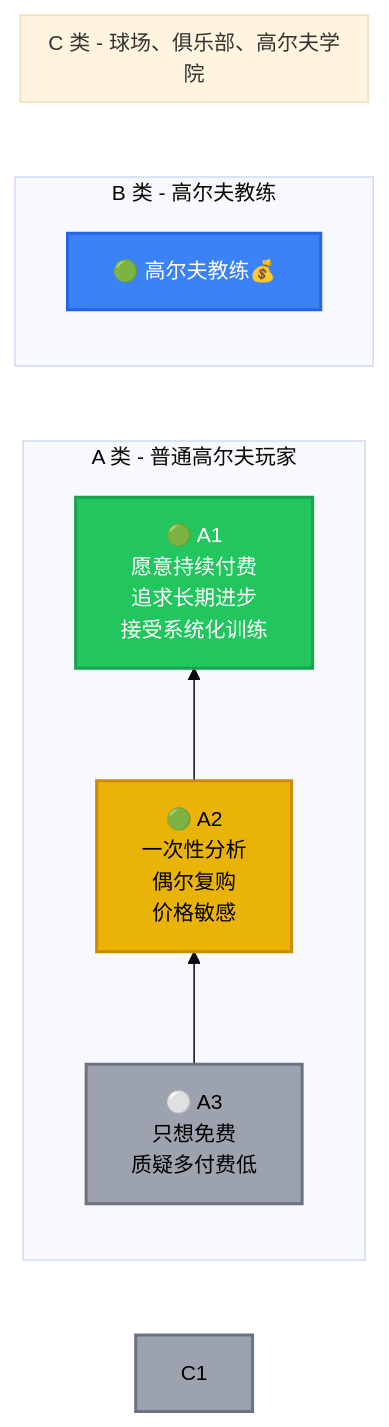
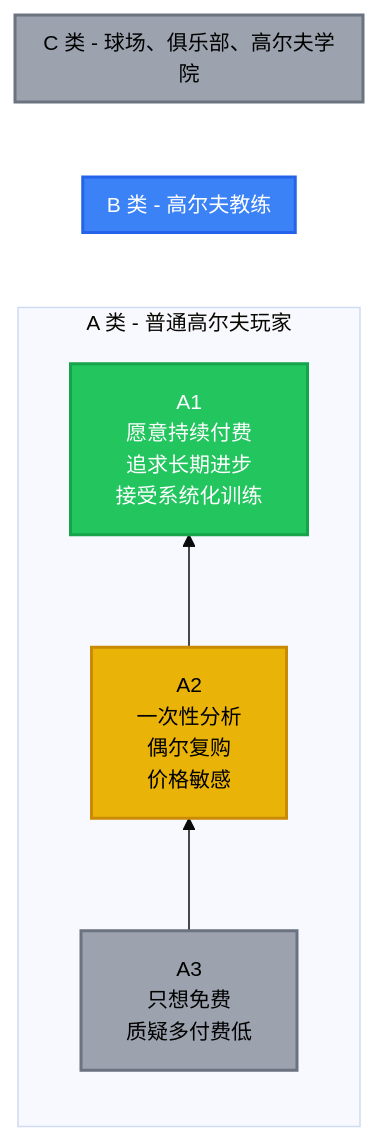
Before and after one commit to movement-chain-ai/movement-chain-docs: the diagram in docs/zh/product/user-personas.md, drawn with Mermaid.

Commit message:
更新用户分层图表样式
🤖 Generated with [Claude Code](https://claude.com/claude-code)

````diff
--- a/docs/zh/product/user-personas.md
+++ b/docs/zh/product/user-personas.md
@@ -7,25 +7,24 @@
 ```mermaid
 %%{init: {'theme': 'base', 'themeVariables': { 'fontSize': '14px'}}}%%
 graph LR
     subgraph A ["A 类 - 普通高尔夫玩家"]
         direction BT
-        A3["⚪ A3 <br/>只想免费<br/>质疑多付费低"]
-        A2["🟢 A2 <br/>一次性分析<br/>偶尔复购<br/>价格敏感"]
-        A1["🟢 A1 <br/>愿意持续付费<br/>追求长期进步<br/>接受系统化训练"]
+        A3[" A3 <br/>只想免费<br/>质疑多付费低"]
+        A2[" A2 <br/>一次性分析<br/>偶尔复购<br/>价格敏感"]
+        A1[" A1 <br/>愿意持续付费<br/>追求长期进步<br/>接受系统化训练"]
         A3 --> A2
         A2 --> A1
     end
 
     subgraph B ["B 类 - 高尔夫教练"]
-        B1["🟢 高尔夫教练💰"]
     end
 
     subgraph C ["C 类 - 球场、俱乐部、高尔夫学院"]
     end
 
     style A1 fill:#22c55e,color:#fff,stroke:#16a34a,stroke-width:2px
     style A2 fill:#eab308,color:#000,stroke:#ca8a04,stroke-width:2px
     style A3 fill:#9ca3af,color:#000,stroke:#6b7280,stroke-width:2px
-    style B1 fill:#3b82f6,color:#fff,stroke:#2563eb,stroke-width:2px
-    style C1 fill:#9ca3af,color:#000,stroke:#6b7280,stroke-width:2px
+    style B fill:#3b82f6,color:#fff,stroke:#2563eb,stroke-width:2px
+    style C fill:#9ca3af,color:#000,stroke:#6b7280,stroke-width:2px
 ```
````
